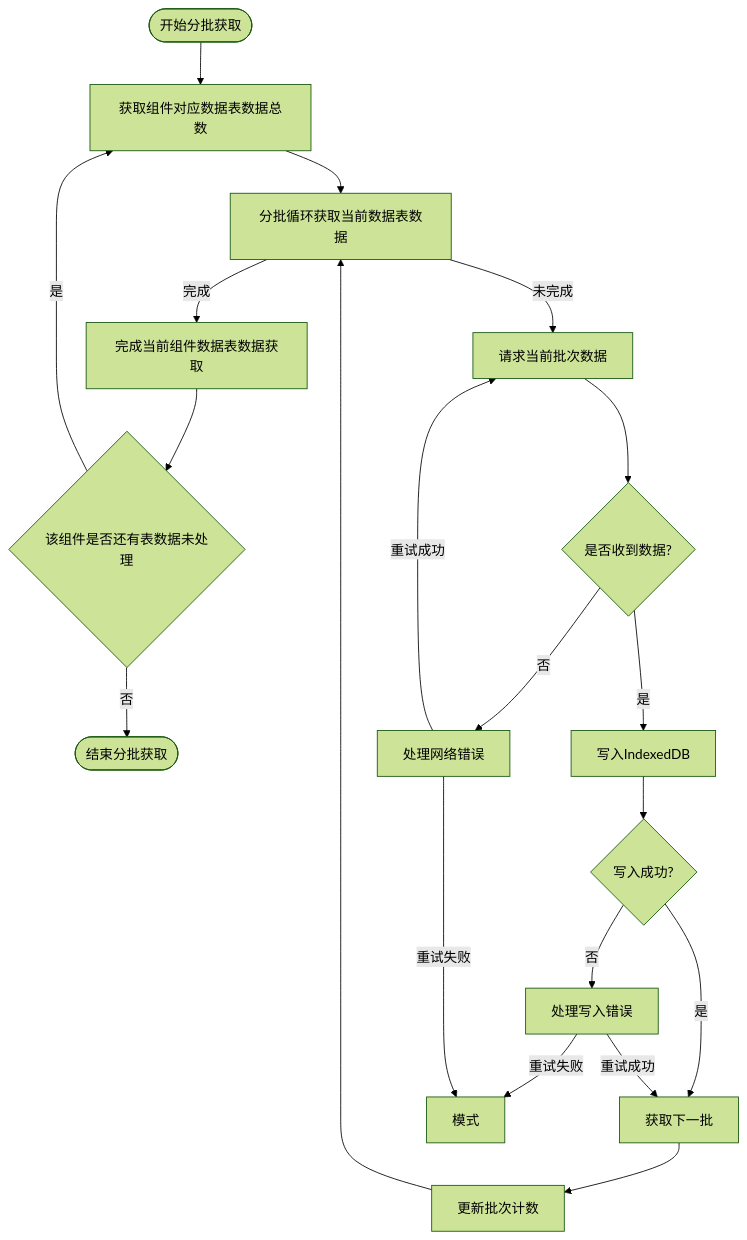
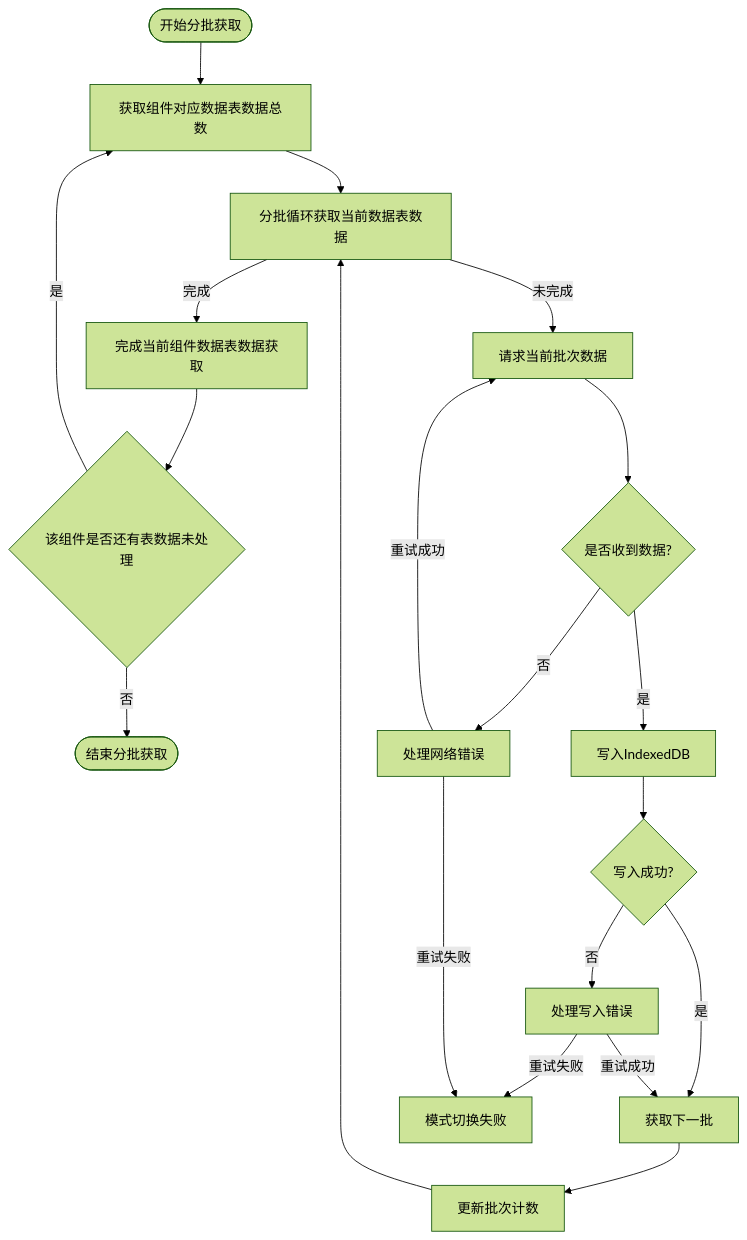
Before and after one commit to yingjianzh/iodraw-files: the diagram in all/未命名-56.md, drawn with Mermaid (forest theme).

Commit message:
2025-05-12 10:30:19 update

````diff
--- a/all/未命名-56.md
+++ b/all/未命名-56.md
@@ -1,34 +1,34 @@
 ```mermaid
 
 flowchart TD
     StartBatch([开始分批获取]) --> InitializeBatch[获取组件对应数据表数据总数]
     InitializeBatch --> CheckBatchSize[分批循环获取当前数据表数据]
     
     CheckBatchSize -->|完成| BatchComplete[完成当前组件数据表数据获取]
 
     BatchComplete --> HasNext{该组件是否还有表数据未处理}
 
     HasNext --> |是| InitializeBatch
     HasNext --> |否| EndBatch([结束分批获取])
 
     
     CheckBatchSize -->|未完成| RequestBatch[请求当前批次数据]
     RequestBatch --> ReceiveBatch{是否收到数据?}
     
     ReceiveBatch -->|是| WriteToDB[写入IndexedDB]
     
     WriteToDB --> BatchSuccess{写入成功?}
     BatchSuccess -->|是| NextBatch[获取下一批]
     BatchSuccess -->|否| HandleError[处理写入错误]
     HandleError -->|重试成功| NextBatch
-    HandleError -->|重试失败| AbortProcess[模式]
+    HandleError -->|重试失败| AbortProcess[模式切换失败]
     
     ReceiveBatch -->|否| HandleNetworkError[处理网络错误]
     HandleNetworkError -->|重试成功| RequestBatch
     HandleNetworkError -->|重试失败| AbortProcess
     
     NextBatch --> IncrementBatch[更新批次计数]
     IncrementBatch --> CheckBatchSize
     
 
 ```
````
